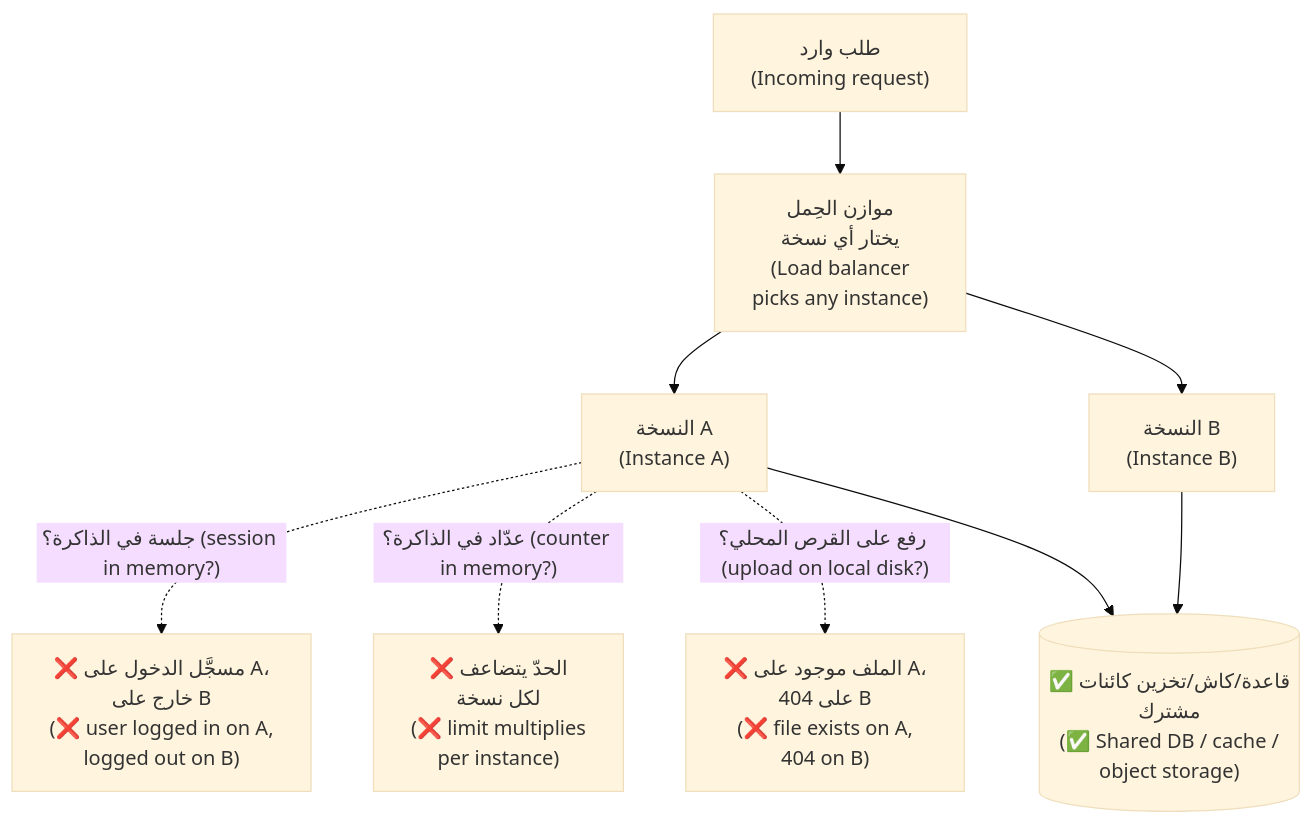
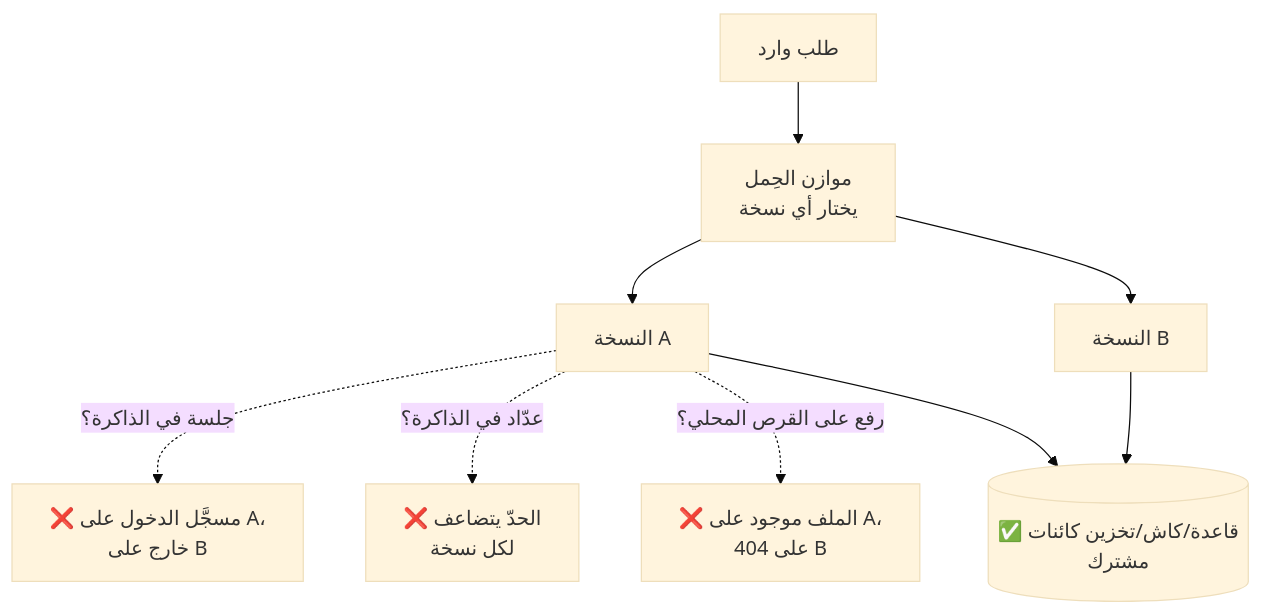
The first of 7 diagrams in modules/10-scaling/module.ar.md (Tamoura/system-design-for-vibe-coders), drawn with Mermaid (base theme) before and after one commit. The commit also changed other lines of this file and 551 other files, not shown here.

````diff
--- a/modules/10-scaling/module.ar.md
+++ b/modules/10-scaling/module.ar.md
@@ -53,11 +53,11 @@
 ```mermaid
 flowchart TD
-    R["طلب وارد<br/>(Incoming request)"] --> LB["موازن الحِمل<br/>يختار أي نسخة<br/>(Load balancer<br/>picks any instance)"]
-    LB --> I1["النسخة A<br/>(Instance A)"]
-    LB --> I2["النسخة B<br/>(Instance B)"]
-    I1 -.->|"جلسة في الذاكرة؟ (session in memory?)"| X1["❌ مسجَّل الدخول على A،<br/>خارج على B<br/>(❌ user logged in on A,<br/>logged out on B)"]
-    I1 -.->|"عدّاد في الذاكرة؟ (counter in memory?)"| X2["❌ الحدّ يتضاعف<br/>لكل نسخة<br/>(❌ limit multiplies<br/>per instance)"]
-    I1 -.->|"رفع على القرص المحلي؟ (upload on local disk?)"| X3["❌ الملف موجود على A،<br/>404 على B<br/>(❌ file exists on A,<br/>404 on B)"]
-    I1 --> DB[("✅ قاعدة/كاش/تخزين كائنات<br/>مشترك<br/>(✅ Shared DB / cache /<br/>object storage)")]
+    R["طلب وارد"] --> LB["موازن الحِمل<br/>يختار أي نسخة"]
+    LB --> I1["النسخة A"]
+    LB --> I2["النسخة B"]
+    I1 -.->|"جلسة في الذاكرة؟"| X1["❌ مسجَّل الدخول على A،<br/>خارج على B"]
+    I1 -.->|"عدّاد في الذاكرة؟"| X2["❌ الحدّ يتضاعف<br/>لكل نسخة"]
+    I1 -.->|"رفع على القرص المحلي؟"| X3["❌ الملف موجود على A،<br/>404 على B"]
+    I1 --> DB[("✅ قاعدة/كاش/تخزين كائنات<br/>مشترك")]
     I2 --> DB
 ```
````
